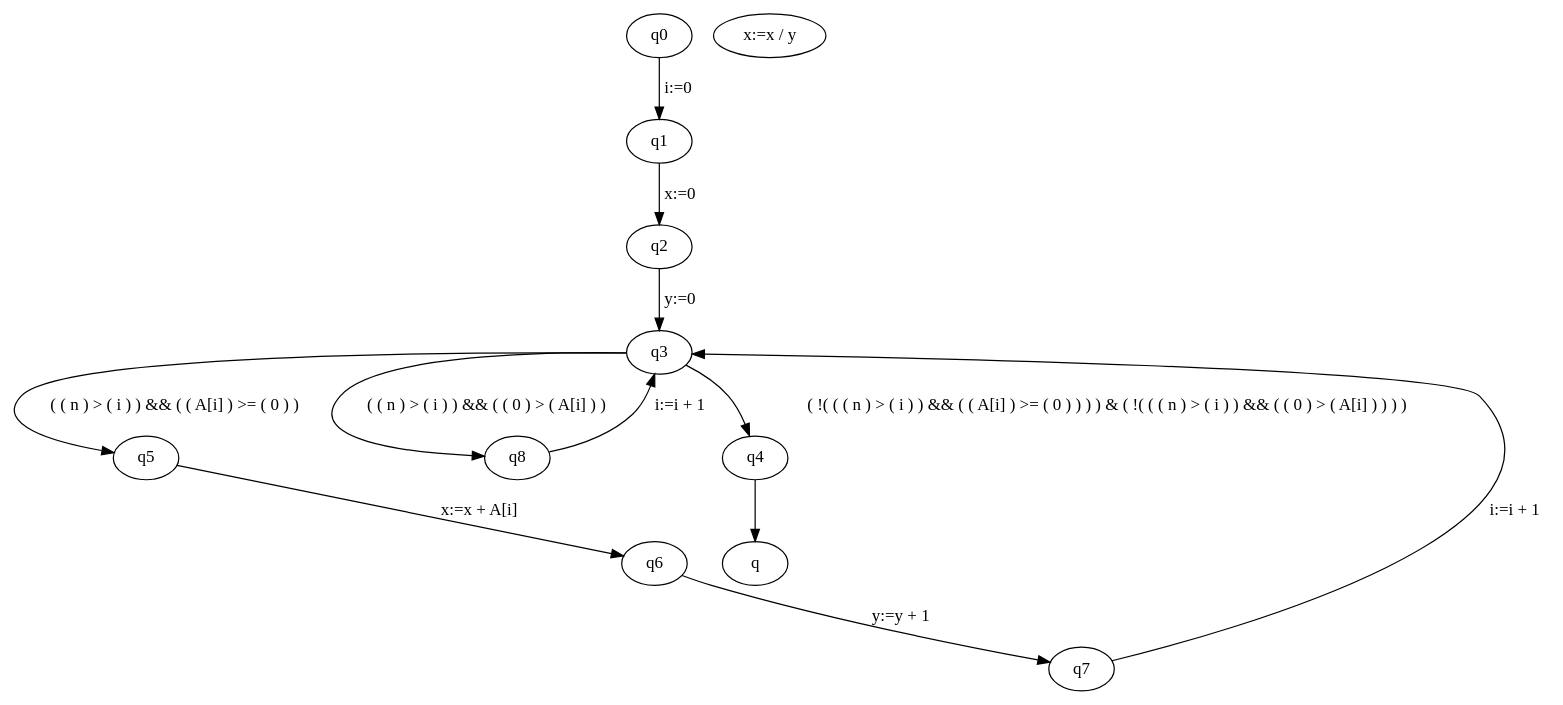
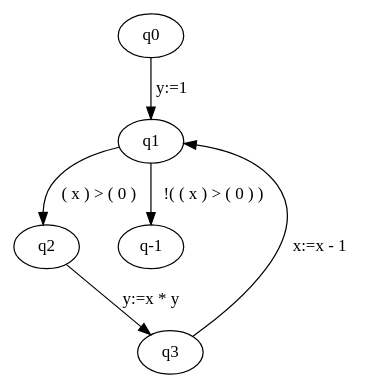
The diagram in Task4/pg.dot (Joni1234321/02141_Compiler), drawn with Graphviz before and after one commit. The commit also changed 7 other files, not shown here.

```diff
--- a/Task4/pg.dot
+++ b/Task4/pg.dot
@@ -1,13 +1,7 @@
 digraph G {
-q0 -> q1 [label="i:=0"]
-q1 -> q2 [label="x:=0"]
-q2 -> q3 [label="y:=0"]
-q3 -> q5 [label="( ( n ) > ( i ) ) && ( ( A[i] ) >= ( 0 ) )"]
-q5 -> q6 [label="x:=x + A[i]"]
-q6 -> q7 [label="y:=y + 1"]
-q7 -> q3 [label="i:=i + 1"]
-q3 -> q8 [label="( ( n ) > ( i ) ) && ( ( 0 ) > ( A[i] ) )"]
-q8 -> q3 [label="i:=i + 1"]
-q3 -> q4 [label="( !( ( ( n ) > ( i ) ) && ( ( A[i] ) >= ( 0 ) ) ) ) & ( !( ( ( n ) > ( i ) ) && ( ( 0 ) > ( A[i] ) ) ) )"]
-q4 -> q"-1" [label="x:=x / y"]
+q0 -> "q1" [label="y:=1"]
+q1 -> "q2" [label="( x ) > ( 0 )"]
+q2 -> "q3" [label="y:=x * y"]
+q3 -> "q1" [label="x:=x - 1"]
+q1 -> "q-1" [label="!( ( x ) > ( 0 ) )"]
 }
```
